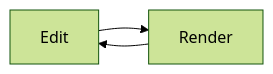
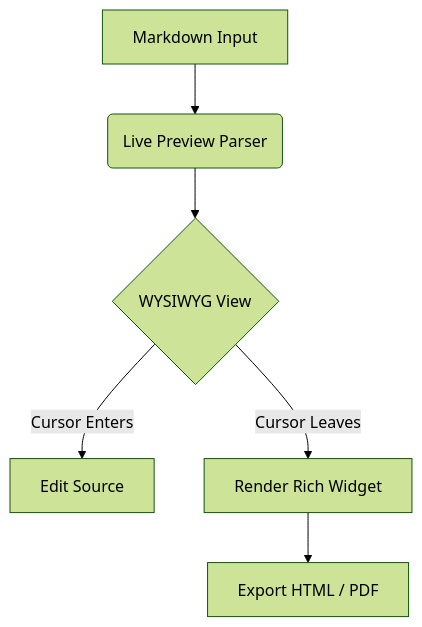
The diagram in src/assets/welcome.md (automaticdai/yfmd), drawn with Mermaid (forest theme) before and after one commit. The commit also changed other lines of this file and 32 other files, not shown here.

````diff
--- a/src/assets/welcome.md
+++ b/src/assets/welcome.md
@@ -25,5 +86,8 @@
 ```mermaid
-graph LR
-  A[Edit] --> B[Render]
-  B --> A
+graph TD
+    A[Markdown Input] --> B(Live Preview Parser)
+    B --> C{WYSIWYG View}
+    C -->|Cursor Enters| D[Edit Source]
+    C -->|Cursor Leaves| E[Render Rich Widget]
+    E --> F[Export HTML / PDF]
 ```
````
